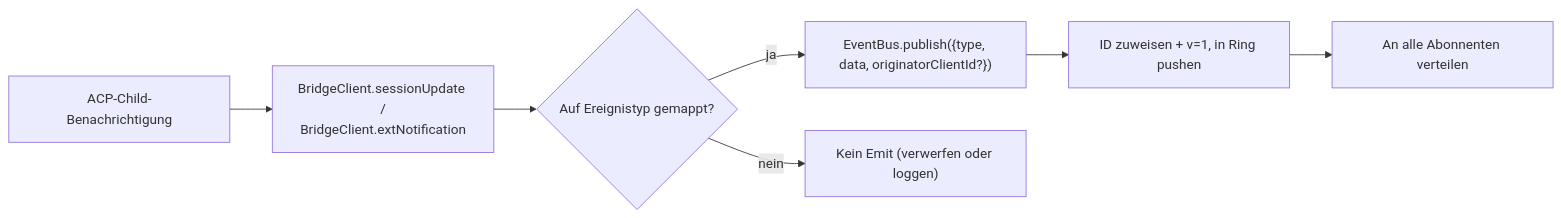
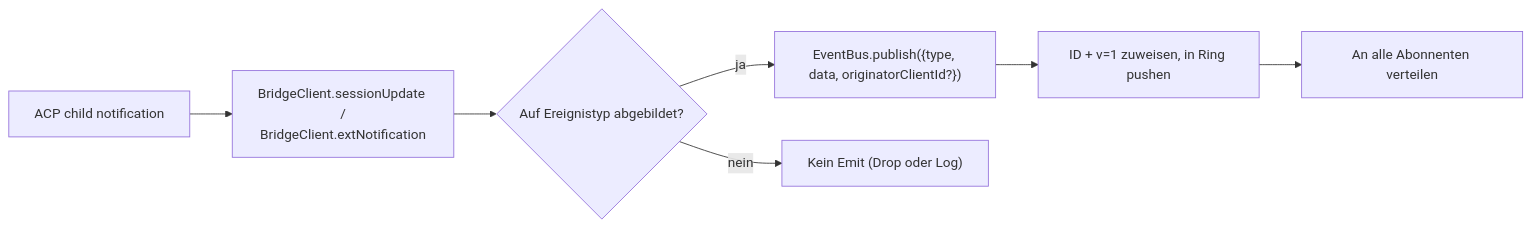
Before and after one commit to QwenLM/qwen-code-docs: the first of 2 diagrams in website/content/de/developers/daemon/09-event-schema.md, drawn with Mermaid. The commit also changed other lines of this file and 1077 other files, not shown here.

````diff
--- a/website/content/de/developers/daemon/09-event-schema.md
+++ b/website/content/de/developers/daemon/09-event-schema.md
@@ -164,9 +167,9 @@
 ```mermaid
 flowchart LR
-    A["ACP-Child-Benachrichtigung"] --> B["BridgeClient.sessionUpdate /<br/>BridgeClient.extNotification"]
-    B --> C{"Auf Ereignistyp gemappt?"}
+    A["ACP child notification"] --> B["BridgeClient.sessionUpdate /<br/>BridgeClient.extNotification"]
+    B --> C{"Auf Ereignistyp abgebildet?"}
     C -->|ja| D["EventBus.publish({type, data, originatorClientId?})"]
-    C -->|nein| E["Kein Emit (verwerfen oder loggen)"]
-    D --> F["ID zuweisen + v=1, in Ring pushen"]
+    C -->|nein| E["Kein Emit (Drop oder Log)"]
+    D --> F["ID + v=1 zuweisen, in Ring pushen"]
     F --> G["An alle Abonnenten verteilen"]
 ```
````
